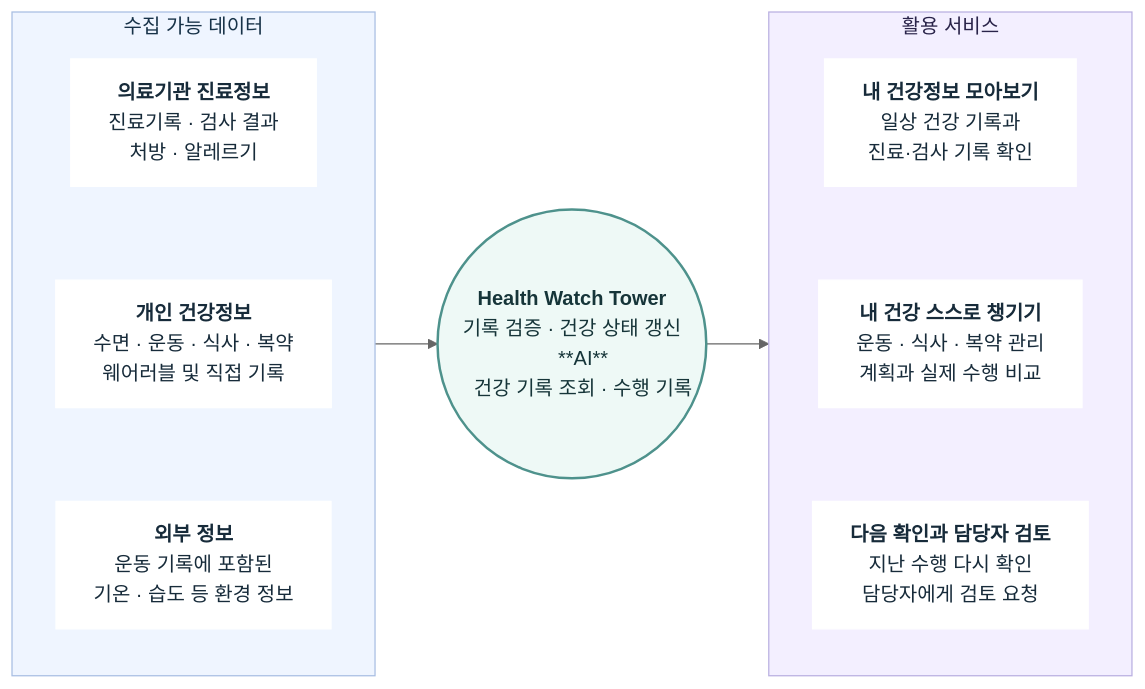
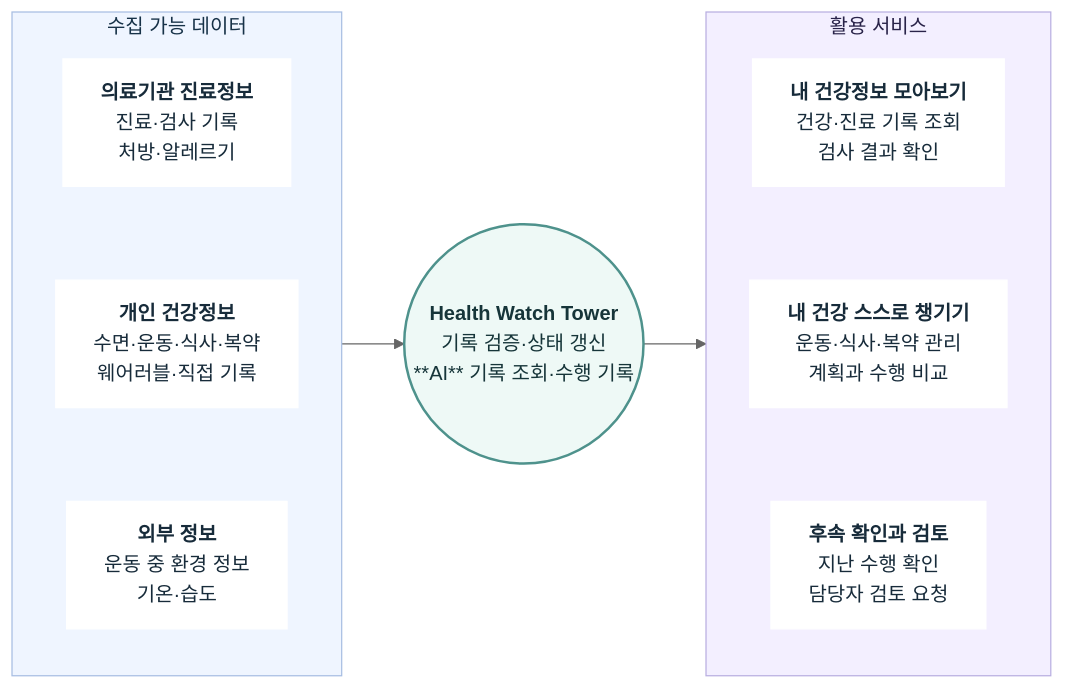
The first of 2 diagrams in README.md (VitaCrew/Health-Watch-Tower), drawn with Mermaid (neutral theme) before and after one commit.

Commit message:
docs: refine health watch tower overview

````diff
--- a/README.md
+++ b/README.md
@@ -34,44 +34,44 @@
 ```mermaid
 flowchart LR
     subgraph Sources["수집 가능 데이터"]
         direction TB
-        Clinical["`**의료기관 진료정보**
-        진료기록 · 검사 결과
-        처방 · 알레르기`"]
-        Personal["`**개인 건강정보**
-        수면 · 운동 · 식사 · 복약
-        웨어러블 및 직접 기록`"]
-        External["`**외부 정보**
-        운동 기록에 포함된
-        기온 · 습도 등 환경 정보`"]
+        Clinical["`**의료기관 진료정보**
+        진료·검사 기록
+        처방·알레르기`"]
+        Personal["`**개인 건강정보**
+        수면·운동·식사·복약
+        웨어러블·직접 기록`"]
+        External["`**외부 정보**
+        운동 중 환경 정보
+        기온·습도`"]
         Clinical ~~~ Personal ~~~ External
     end
 
-    Hub(("`**Health Watch Tower**
-    기록 검증 · 건강 상태 갱신
+    Hub(("`**Health Watch Tower**
+    기록 검증·상태 갱신
 
     **AI**
-    건강 기록 조회 · 수행 기록`"))
+    기록 조회·수행 기록`"))
 
     subgraph Services["활용 서비스"]
         direction TB
-        Records["`**내 건강정보 모아보기**
-        일상 건강 기록과
-        진료·검사 기록 확인`"]
-        Routine["`**내 건강 스스로 챙기기**
-        운동 · 식사 · 복약 관리
-        계획과 실제 수행 비교`"]
-        FollowUp["`**다음 확인과 담당자 검토**
-        지난 수행 다시 확인
-        담당자에게 검토 요청`"]
+        Records["`**내 건강정보 모아보기**
+        건강·진료 기록 조회
+        검사 결과 확인`"]
+        Routine["`**내 건강 스스로 챙기기**
+        운동·식사·복약 관리
+        계획과 수행 비교`"]
+        FollowUp["`**후속 확인과 검토**
+        지난 수행 확인
+        담당자 검토 요청`"]
         Records ~~~ Routine ~~~ FollowUp
     end
 
     Sources --> Hub --> Services
     classDef card fill:#fff,stroke:#fff,color:#172b3a
     classDef hub fill:#eef9f6,stroke:#4e928c,stroke-width:2px,color:#163539
     class Clinical,Personal,External,Records,Routine,FollowUp card
     class Hub hub
     style Sources fill:#eff5ff,stroke:#a8bee3,color:#173248
     style Services fill:#f3efff,stroke:#b9afe1,color:#292349
 ```
````
